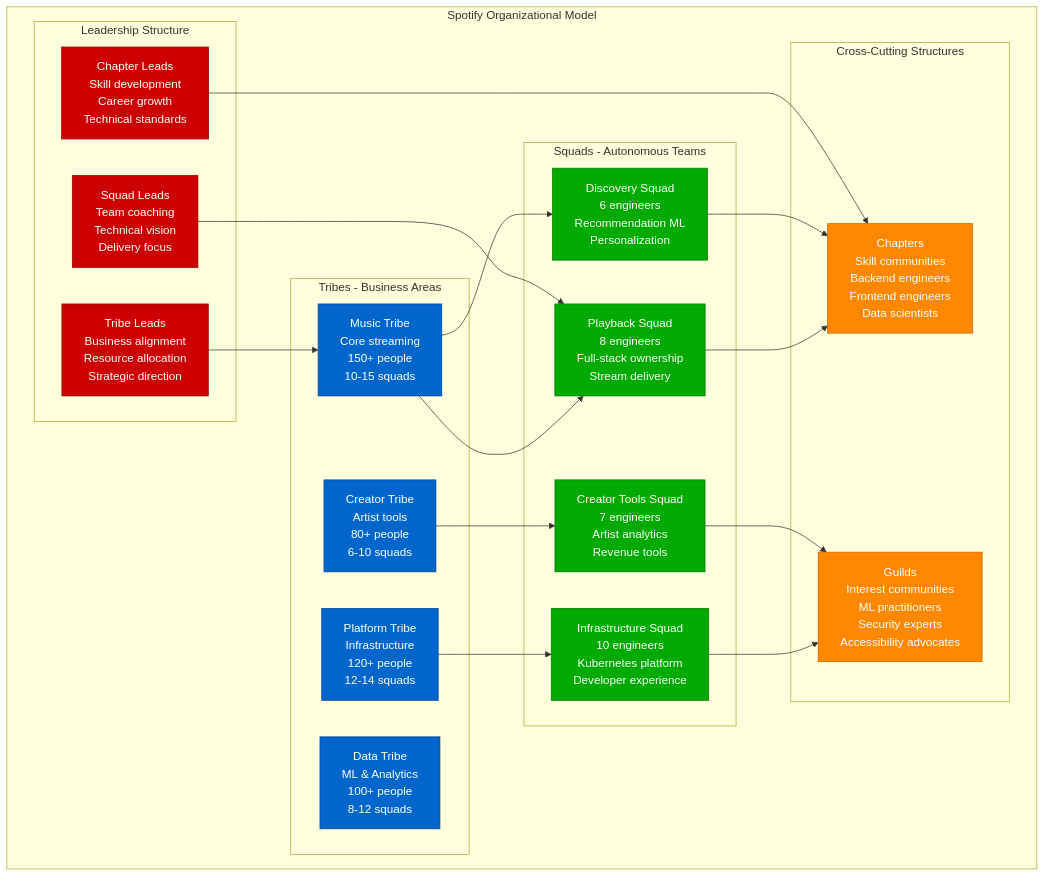
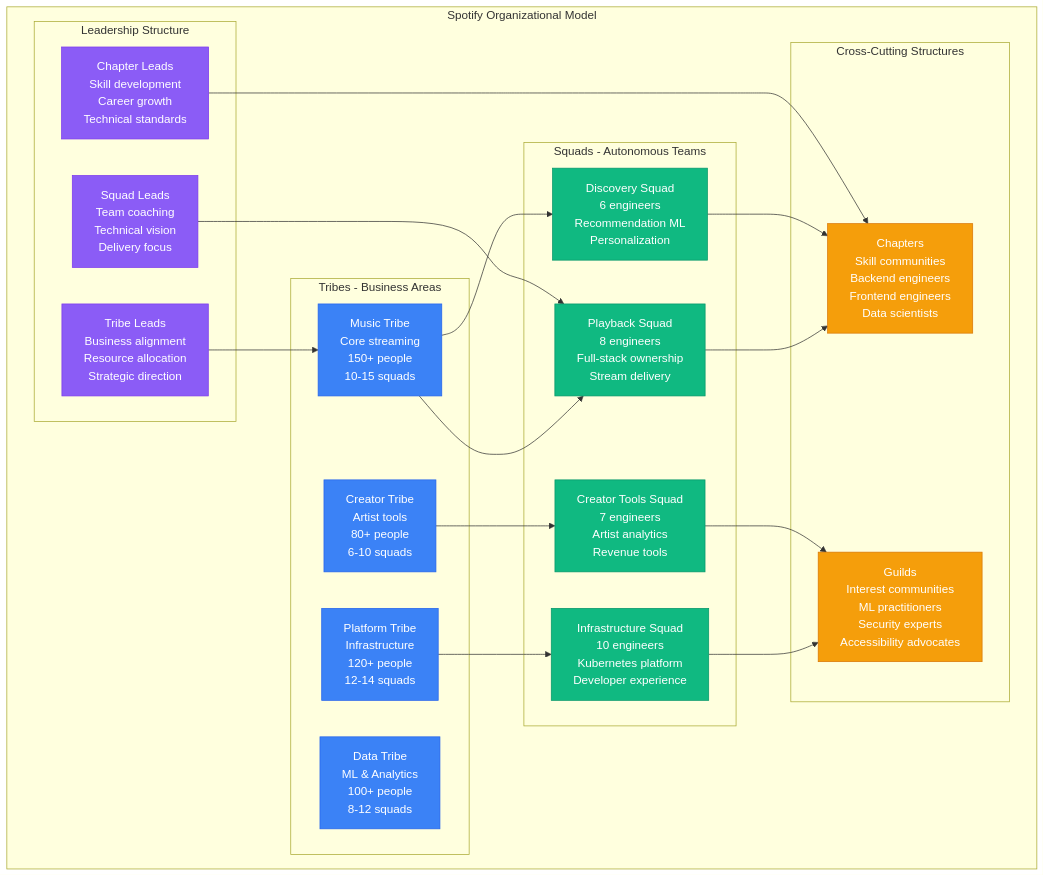
The fifth of 5 diagrams in site/docs/systems/spotify/novel-solutions.md (deepaucksharma/DS), drawn with Mermaid before and after one commit. The commit also changed other lines of this file and 303 other files, not shown here.

````diff
--- a/site/docs/systems/spotify/novel-solutions.md
+++ b/site/docs/systems/spotify/novel-solutions.md
@@ -290,62 +290,62 @@
 ```mermaid
 graph TB
     subgraph SpotifyOrgModel[Spotify Organizational Model]
         subgraph Tribes[Tribes - Business Areas]
             MusicTribe[Music Tribe<br/>Core streaming<br/>150+ people<br/>10-15 squads]
 
             PlatformTribe[Platform Tribe<br/>Infrastructure<br/>120+ people<br/>12-14 squads]
 
             DataTribe[Data Tribe<br/>ML & Analytics<br/>100+ people<br/>8-12 squads]
 
             CreatorTribe[Creator Tribe<br/>Artist tools<br/>80+ people<br/>6-10 squads]
         end
 
         subgraph Squads[Squads - Autonomous Teams]
             Squad1[Playback Squad<br/>8 engineers<br/>Full-stack ownership<br/>Stream delivery]
 
             Squad2[Discovery Squad<br/>6 engineers<br/>Recommendation ML<br/>Personalization]
 
             Squad3[Infrastructure Squad<br/>10 engineers<br/>Kubernetes platform<br/>Developer experience]
 
             Squad4[Creator Tools Squad<br/>7 engineers<br/>Artist analytics<br/>Revenue tools]
         end
 
         subgraph CrossCutting[Cross-Cutting Structures]
             Chapters[Chapters<br/>Skill communities<br/>Backend engineers<br/>Frontend engineers<br/>Data scientists]
 
             Guilds[Guilds<br/>Interest communities<br/>ML practitioners<br/>Security experts<br/>Accessibility advocates]
         end
 
         subgraph Leadership[Leadership Structure]
             TribeLeads[Tribe Leads<br/>Business alignment<br/>Resource allocation<br/>Strategic direction]
 
             SquadLeads[Squad Leads<br/>Team coaching<br/>Technical vision<br/>Delivery focus]
 
             ChapterLeads[Chapter Leads<br/>Skill development<br/>Career growth<br/>Technical standards]
         end
     end
 
     MusicTribe --> Squad1
     MusicTribe --> Squad2
     PlatformTribe --> Squad3
     CreatorTribe --> Squad4
 
     Squad1 --> Chapters
     Squad2 --> Chapters
     Squad3 --> Guilds
     Squad4 --> Guilds
 
     TribeLeads --> MusicTribe
     SquadLeads --> Squad1
     ChapterLeads --> Chapters
 
-    classDef tribeStyle fill:#0066CC,stroke:#004499,color:#fff
-    classDef squadStyle fill:#00AA00,stroke:#007700,color:#fff
-    classDef crossStyle fill:#FF8800,stroke:#CC6600,color:#fff
-    classDef leaderStyle fill:#CC0000,stroke:#990000,color:#fff
+    classDef tribeStyle fill:#3B82F6,stroke:#2563EB,color:#fff
+    classDef squadStyle fill:#10B981,stroke:#059669,color:#fff
+    classDef crossStyle fill:#F59E0B,stroke:#D97706,color:#fff
+    classDef leaderStyle fill:#8B5CF6,stroke:#7C3AED,color:#fff
 
     class MusicTribe,PlatformTribe,DataTribe,CreatorTribe tribeStyle
     class Squad1,Squad2,Squad3,Squad4 squadStyle
     class Chapters,Guilds crossStyle
     class TribeLeads,SquadLeads,ChapterLeads leaderStyle
 ```
````
